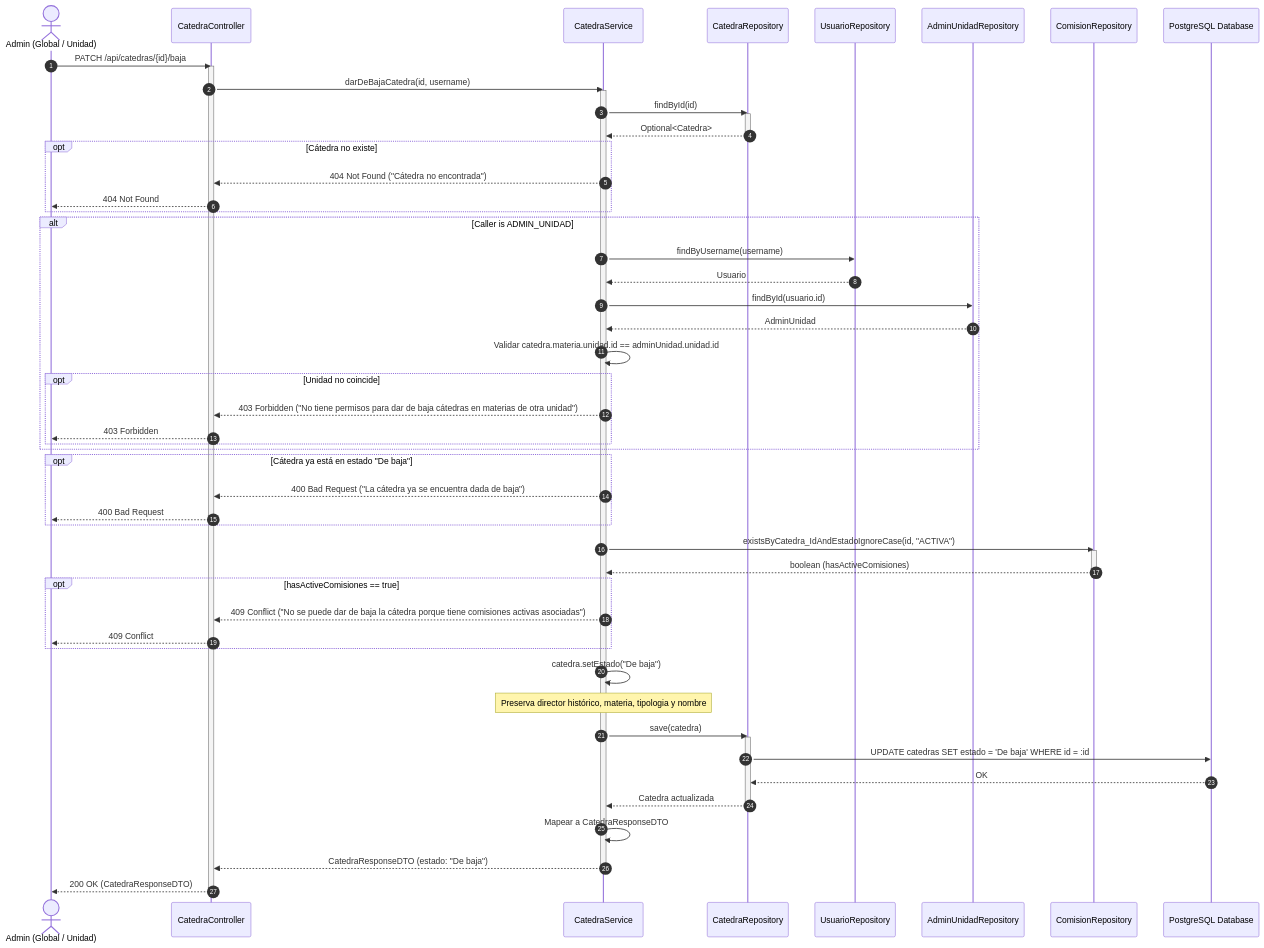
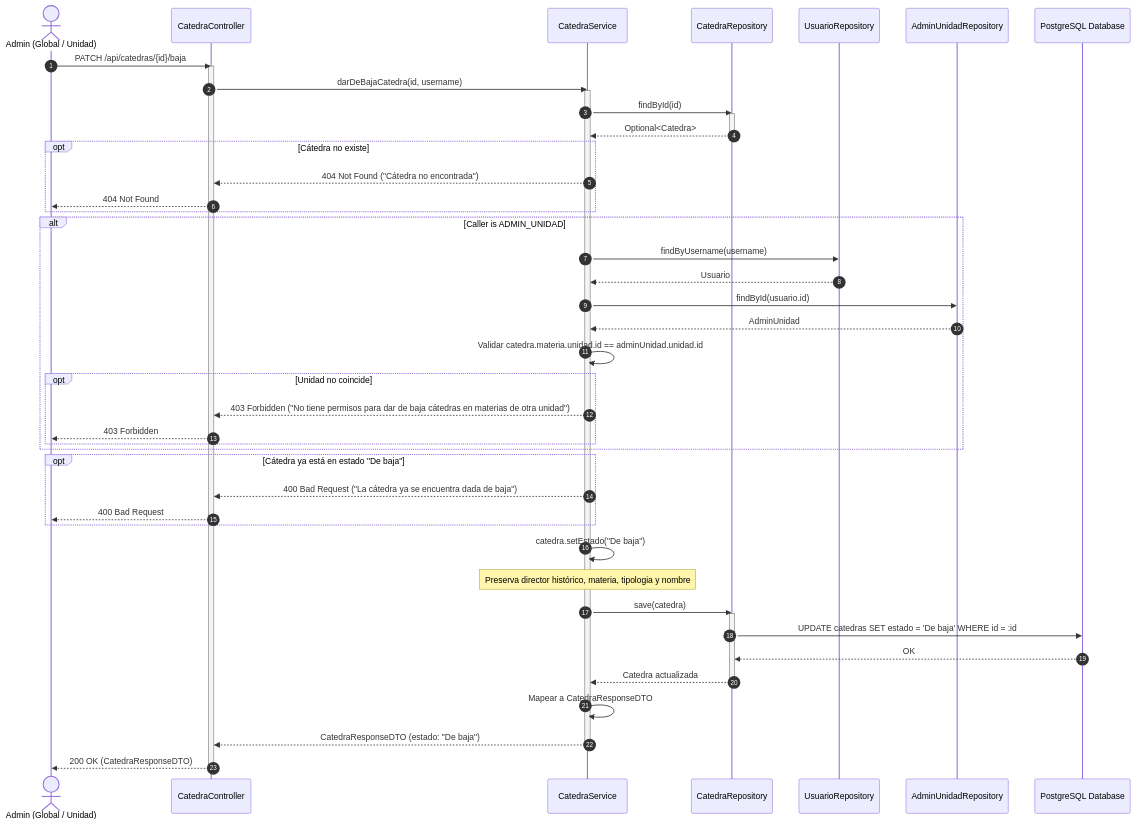
Before and after one commit to Melissa-Ann-Giuliani/atlas-backend: the first of 3 diagrams in .tasks/RF-23/solution-diagrams.md, drawn with Mermaid. The commit also changed other lines of this file and 7 other files, not shown here.

````diff
--- a/.tasks/RF-23/solution-diagrams.md
+++ b/.tasks/RF-23/solution-diagrams.md
@@ -11,69 +11,58 @@
 ```mermaid
 sequenceDiagram
     autonumber
     actor Admin as Admin (Global / Unidad)
     participant Controller as CatedraController
     participant Service as CatedraService
     participant CatedraRepo as CatedraRepository
     participant UsuarioRepo as UsuarioRepository
     participant AdminUnidadRepo as AdminUnidadRepository
-    participant ComisionRepo as ComisionRepository
     participant DB as PostgreSQL Database
 
     Admin->>Controller: PATCH /api/catedras/{id}/baja
     activate Controller
     Controller->>Service: darDeBajaCatedra(id, username)
     activate Service
 
     Service->>CatedraRepo: findById(id)
     activate CatedraRepo
     CatedraRepo-->>Service: Optional<Catedra>
     deactivate CatedraRepo
 
     opt Cátedra no existe
         Service-->>Controller: 404 Not Found ("Cátedra no encontrada")
         Controller-->>Admin: 404 Not Found
     end
 
     alt Caller is ADMIN_UNIDAD
         Service->>UsuarioRepo: findByUsername(username)
         UsuarioRepo-->>Service: Usuario
         Service->>AdminUnidadRepo: findById(usuario.id)
         AdminUnidadRepo-->>Service: AdminUnidad
         Service->>Service: Validar catedra.materia.unidad.id == adminUnidad.unidad.id
         opt Unidad no coincide
             Service-->>Controller: 403 Forbidden ("No tiene permisos para dar de baja cátedras en materias de otra unidad")
             Controller-->>Admin: 403 Forbidden
         end
     end
 
     opt Cátedra ya está en estado "De baja"
         Service-->>Controller: 400 Bad Request ("La cátedra ya se encuentra dada de baja")
         Controller-->>Admin: 400 Bad Request
     end
 
-    Service->>ComisionRepo: existsByCatedra_IdAndEstadoIgnoreCase(id, "ACTIVA")
-    activate ComisionRepo
-    ComisionRepo-->>Service: boolean (hasActiveComisiones)
-    deactivate ComisionRepo
-
-    opt hasActiveComisiones == true
-        Service-->>Controller: 409 Conflict ("No se puede dar de baja la cátedra porque tiene comisiones activas asociadas")
-        Controller-->>Admin: 409 Conflict
-    end
-
     Service->>Service: catedra.setEstado("De baja")
     Note over Service: Preserva director histórico, materia, tipologia y nombre
     Service->>CatedraRepo: save(catedra)
     activate CatedraRepo
     CatedraRepo->>DB: UPDATE catedras SET estado = 'De baja' WHERE id = :id
     DB-->>CatedraRepo: OK
     CatedraRepo-->>Service: Catedra actualizada
     deactivate CatedraRepo
 
     Service->>Service: Mapear a CatedraResponseDTO
     Service-->>Controller: CatedraResponseDTO (estado: "De baja")
     deactivate Service
     Controller-->>Admin: 200 OK (CatedraResponseDTO)
     deactivate Controller
 ```
````
